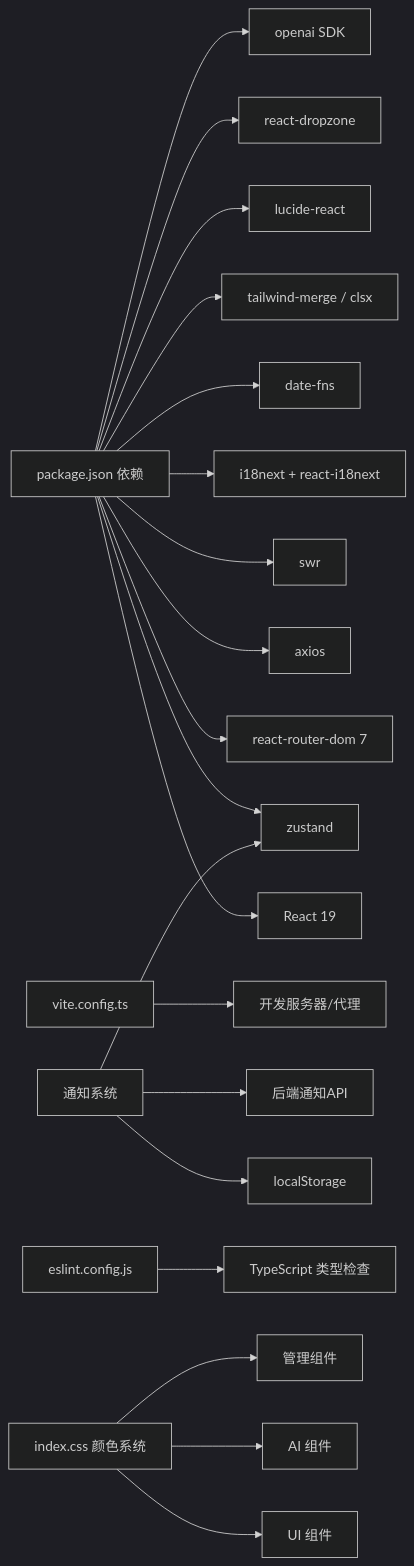
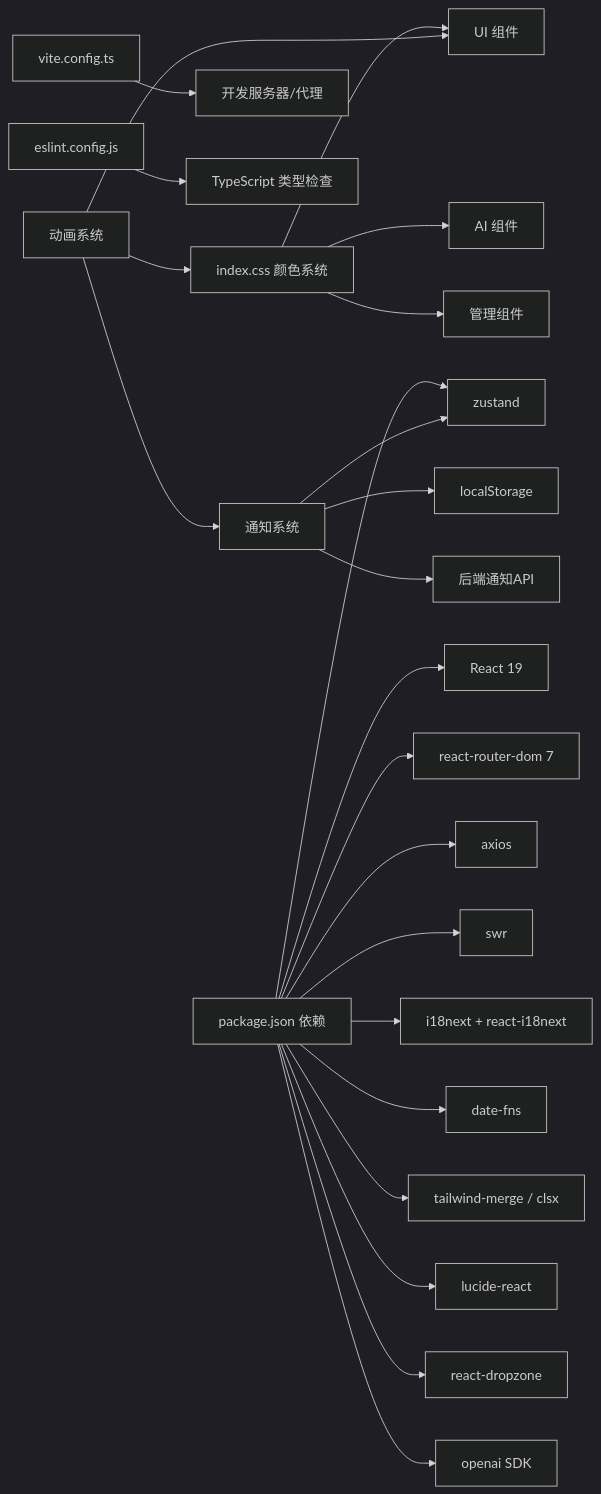
Diagram 29 of 29 in .qoder/repowiki/zh/content/系统架构/前端架构设计/前端架构设计.md (CubeEdge/Longhorn), drawn with Mermaid (dark theme) before and after one commit. The commit also changed other lines of this file and 118 other files, not shown here.

````diff
--- a/.qoder/repowiki/zh/content/系统架构/前端架构设计/前端架构设计.md
+++ b/.qoder/repowiki/zh/content/系统架构/前端架构设计/前端架构设计.md
@@ -1129,22 +1309,25 @@
 ```mermaid
 graph LR
 P["package.json 依赖"] --> R["React 19"]
 P --> RR["react-router-dom 7"]
 P --> AX["axios"]
 P --> SW["swr"]
 P --> ZS["zustand"]
 P --> I18N["i18next + react-i18next"]
 P --> DF["date-fns"]
 P --> TM["tailwind-merge / clsx"]
 P --> LC["lucide-react"]
 P --> RDZ["react-dropzone"]
 P --> OA["openai SDK"]
 V["vite.config.ts"] --> Dev["开发服务器/代理"]
 ESL["eslint.config.js"] --> TS["TypeScript 类型检查"]
 CS["index.css 颜色系统"] --> UI["UI 组件"]
 CS --> AI["AI 组件"]
 CS --> ADMIN["管理组件"]
 NS["通知系统"] --> ZS
 NS --> LS["localStorage"]
 NS --> API["后端通知API"]
+AN["动画系统"] --> CS
+AN --> UI
+AN --> NS
 ```
````
